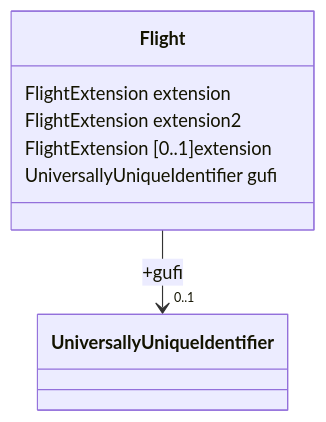
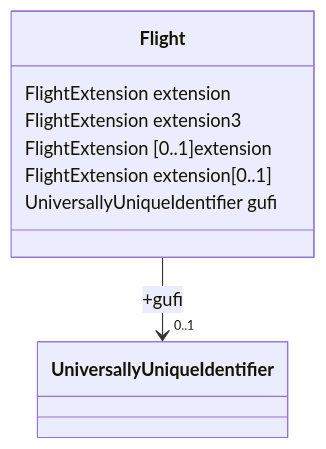
The second of 4 diagrams in docs/fixm/FIXM_UML_in_mermaid.md (du-lapin/test_docsify), drawn with Mermaid before and after one commit.

````diff
--- a/docs/fixm/FIXM_UML_in_mermaid.md
+++ b/docs/fixm/FIXM_UML_in_mermaid.md
@@ -24,10 +24,11 @@
 ```mermaid
 classDiagram
 class Flight{
 FlightExtension extension
-FlightExtension extension2
+FlightExtension extension3
 FlightExtension [0..1]extension
+FlightExtension extension[0..1]
 UniversallyUniqueIdentifier gufi
 }
 Flight --> "0..1"  UniversallyUniqueIdentifier : +gufi
 ```
````
